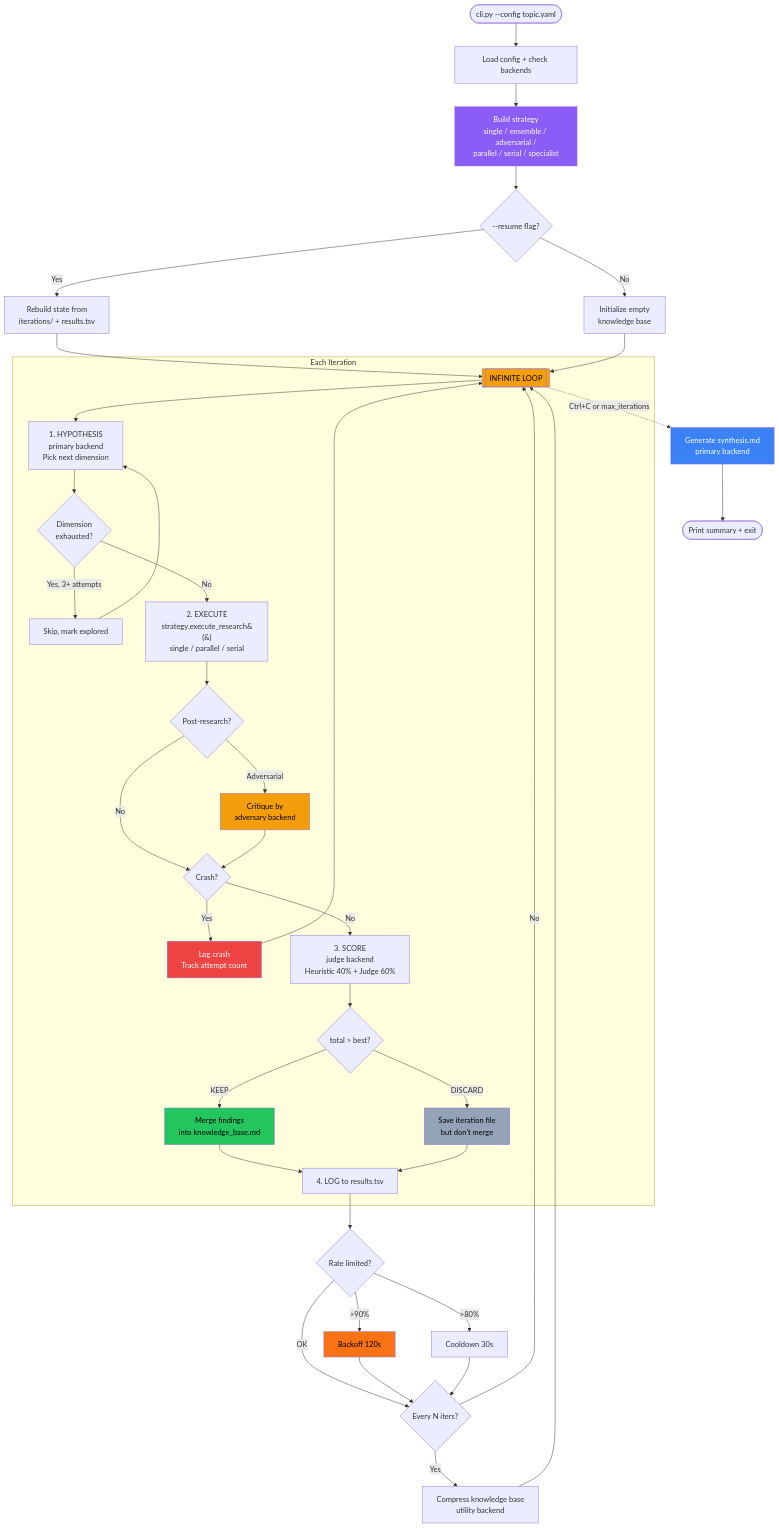
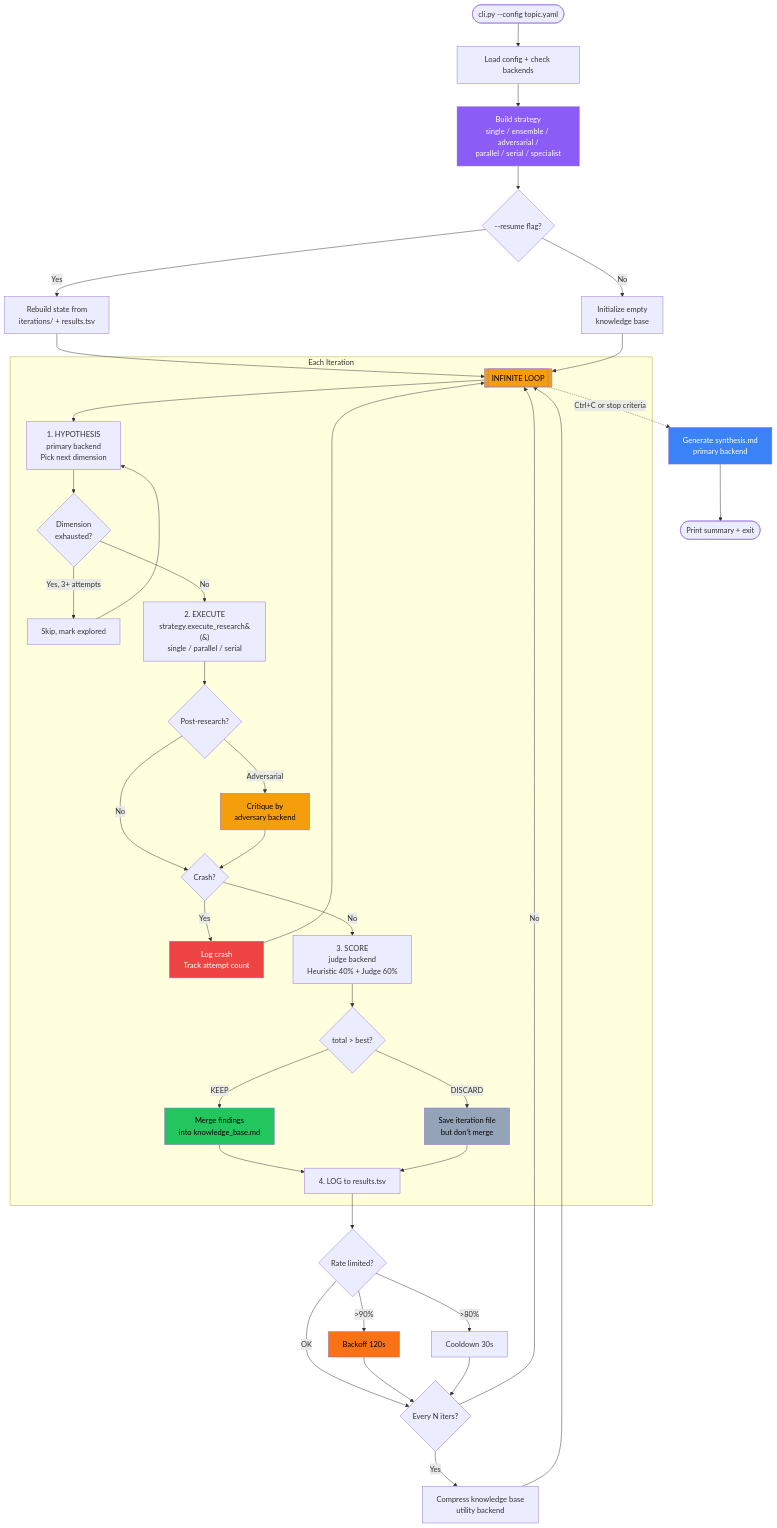
Before and after one commit to josefigueredo/auto-research: the first of 8 diagrams in README.md, drawn with Mermaid. The commit also changed other lines of this file and 16 other files, not shown here.

````diff
--- a/README.md
+++ b/README.md
@@ -58,59 +76,59 @@
 ```mermaid
 flowchart TD
     START([cli.py --config topic.yaml]) --> INIT[Load config + check backends]
     INIT --> STRAT[Build strategy<br>single / ensemble / adversarial /<br>parallel / serial / specialist]
     STRAT --> CHECK{--resume flag?}
     CHECK -->|Yes| RESUME[Rebuild state from<br>iterations/ + results.tsv]
     CHECK -->|No| FRESH[Initialize empty<br>knowledge base]
     RESUME --> LOOP
     FRESH --> LOOP
 
     LOOP[[INFINITE LOOP]] --> HYPO
 
     subgraph ITERATION ["Each Iteration"]
         HYPO[1. HYPOTHESIS<br>primary backend<br>Pick next dimension]
         HYPO --> EXHAUST{Dimension<br>exhausted?}
         EXHAUST -->|Yes, 3+ attempts| SKIP_DIM[Skip, mark explored]
         EXHAUST -->|No| EXEC
         SKIP_DIM --> HYPO
         EXEC[2. EXECUTE<br>strategy.execute_research&#40;&#41;<br>single / parallel / serial]
         EXEC --> CRIT{Post-research?}
         CRIT -->|Adversarial| CRITIQUE[Critique by<br>adversary backend]
         CRIT -->|No| CRASH
         CRITIQUE --> CRASH
         CRASH{Crash?}
         CRASH -->|Yes| LOG_CRASH[Log crash<br>Track attempt count]
         CRASH -->|No| SCORE
         LOG_CRASH --> LOOP
         SCORE[3. SCORE<br>judge backend<br>Heuristic 40% + Judge 60%]
         SCORE --> DECIDE{total > best?}
         DECIDE -->|KEEP| MERGE[Merge findings<br>into knowledge_base.md]
         DECIDE -->|DISCARD| SAVE[Save iteration file<br>but don't merge]
         MERGE --> LOG
         SAVE --> LOG
         LOG[4. LOG to results.tsv]
     end
 
     LOG --> RATE{Rate limited?}
     RATE -->|>90%| WAIT_LONG[Backoff 120s]
     RATE -->|>80%| WAIT_SHORT[Cooldown 30s]
     RATE -->|OK| COMPRESS
     WAIT_LONG --> COMPRESS
     WAIT_SHORT --> COMPRESS
     COMPRESS{Every N iters?}
     COMPRESS -->|Yes| SHRINK[Compress knowledge base<br>utility backend]
     COMPRESS -->|No| LOOP
     SHRINK --> LOOP
 
-    LOOP -.->|Ctrl+C or max_iterations| SYNTH[Generate synthesis.md<br>primary backend]
+    LOOP -.->|Ctrl+C or stop criteria| SYNTH[Generate synthesis.md<br>primary backend]
     SYNTH --> DONE([Print summary + exit])
 
     style LOOP fill:#f59e0b,color:#000
     style MERGE fill:#22c55e,color:#000
     style SAVE fill:#94a3b8,color:#000
     style LOG_CRASH fill:#ef4444,color:#fff
     style SYNTH fill:#3b82f6,color:#fff
     style WAIT_LONG fill:#f97316,color:#000
     style STRAT fill:#8b5cf6,color:#fff
     style CRITIQUE fill:#f59e0b,color:#000
 ```
````
